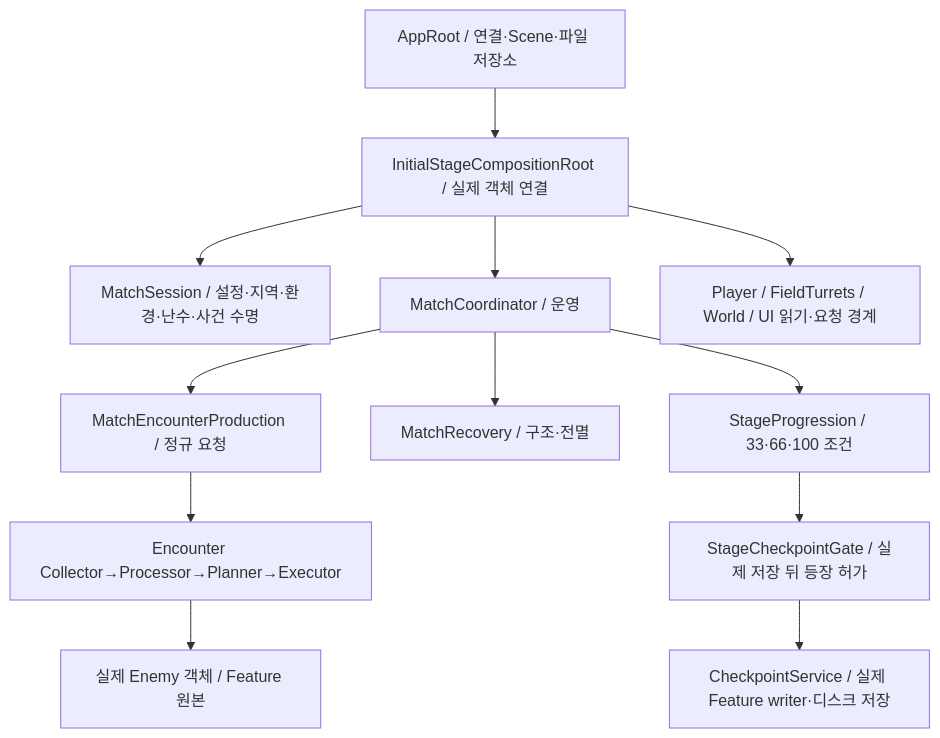
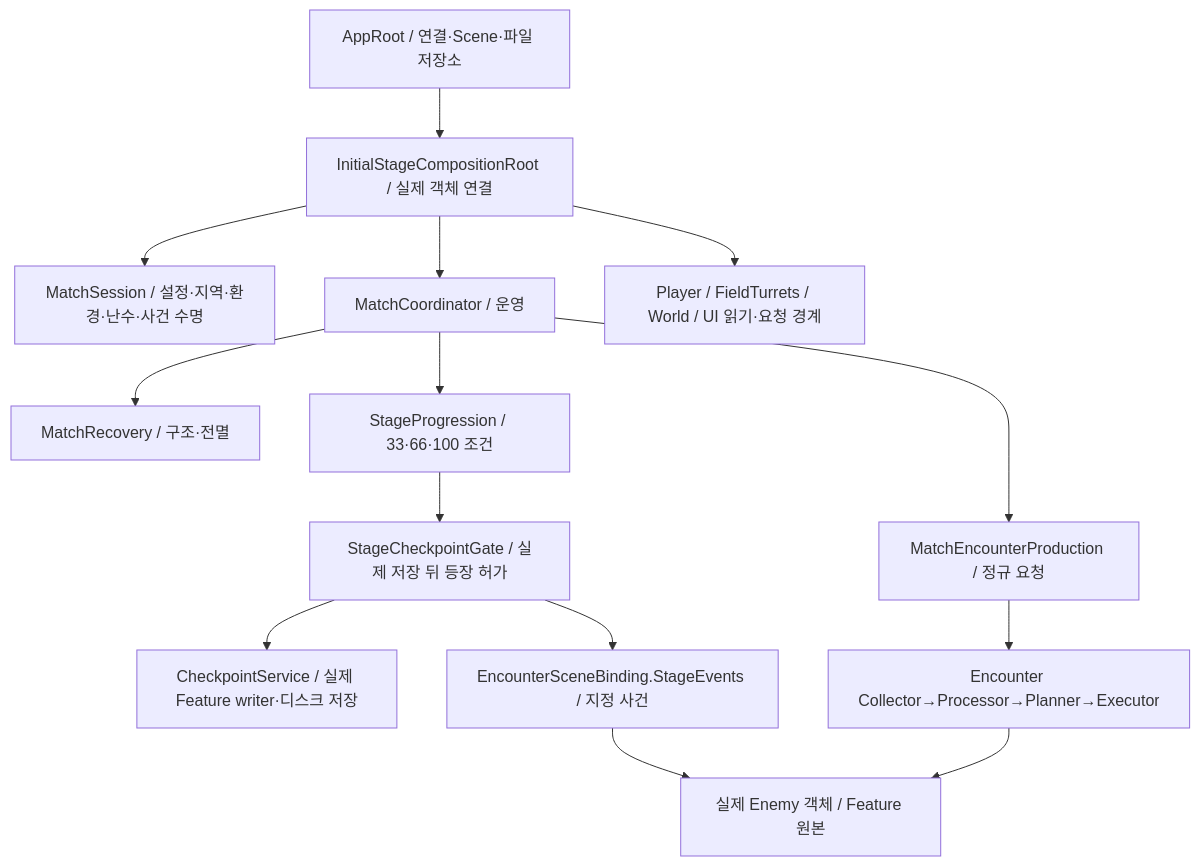
Before and after one commit to Team-HJD-21/unity-6-the-developer: the diagram in Docs/02_architecture/01_core/core-runtime-map.md, drawn with Mermaid. The commit also changed other lines of this file and 16 other files, not shown here.

Commit message:
feat(encounter): connect authored Field events to shared Enemy creation and restore

````diff
--- a/Docs/02_architecture/01_core/core-runtime-map.md
+++ b/Docs/02_architecture/01_core/core-runtime-map.md
@@ -19,14 +19,16 @@
 ```mermaid
 flowchart TD
  App[AppRoot / 연결·Scene·파일 저장소] --> Root[InitialStageCompositionRoot / 실제 객체 연결]
  Root --> Session[MatchSession / 설정·지역·환경·난수·사건 수명]
  Root --> Coordinator[MatchCoordinator / 운영]
  Coordinator --> Production[MatchEncounterProduction / 정규 요청]
  Coordinator --> Recovery[MatchRecovery / 구조·전멸]
  Coordinator --> Progression[StageProgression / 33·66·100 조건]
  Progression --> SaveGate[StageCheckpointGate / 실제 저장 뒤 등장 허가]
  SaveGate --> Checkpoint[CheckpointService / 실제 Feature writer·디스크 저장]
+ SaveGate --> FieldEvent[EncounterSceneBinding.StageEvents / 지정 사건]
+ FieldEvent --> Actors
  Production --> Pipeline[Encounter Collector→Processor→Planner→Executor]
  Pipeline --> Actors[실제 Enemy 객체 / Feature 원본]
  Root --> Features[Player / FieldTurrets / World / UI 읽기·요청 경계]
 ```
````
